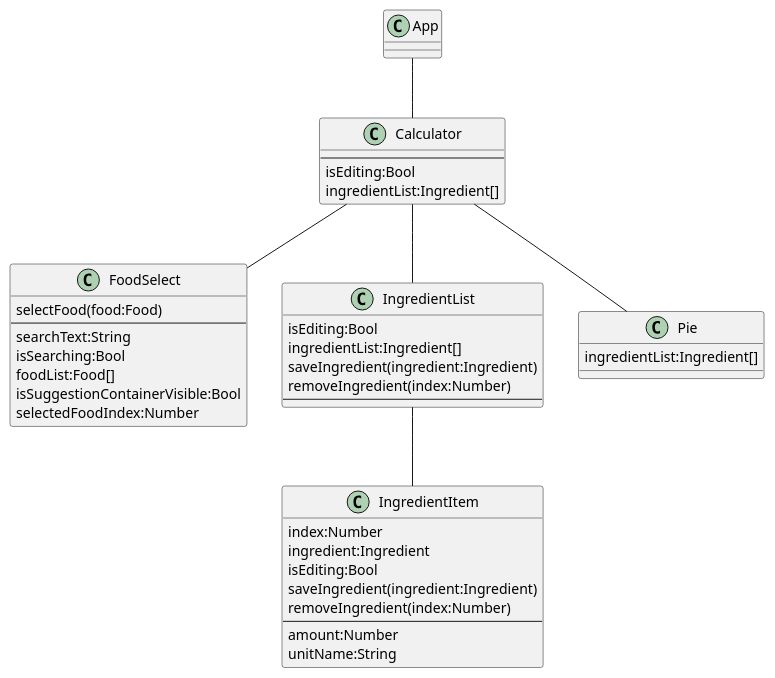
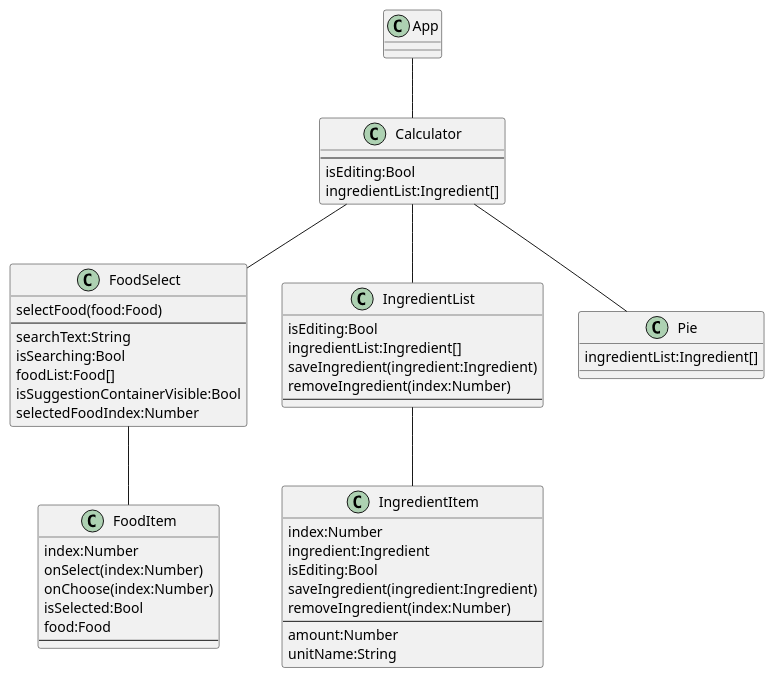
The diagram in docs/App.component.puml (cbarsony/sushi), drawn with PlantUML before and after one commit. The commit also changed 5 other files, not shown here.

Commit message:
select and choose with mouse, FoodItem

```diff
--- a/docs/App.component.puml
+++ b/docs/App.component.puml
@@ -1,52 +1,63 @@
 @startuml
 
 class App
 
 App -- Calculator
 
 class Calculator {
     --
     isEditing:Bool
     ingredientList:Ingredient[]
 }
 
 Calculator -- FoodSelect
 Calculator -- IngredientList
 Calculator -- Pie
 
 class FoodSelect {
     selectFood(food:Food)
     --
     searchText:String
     isSearching:Bool
     foodList:Food[]
     isSuggestionContainerVisible:Bool
     selectedFoodIndex:Number
 }
+
+class FoodItem {
+    index:Number
+    onSelect(index:Number)
+    onChoose(index:Number)
+    isSelected:Bool
+    food:Food
+    --
+}
+
+FoodSelect -- FoodItem
 
 class IngredientList {
     isEditing:Bool
     ingredientList:Ingredient[]
     saveIngredient(ingredient:Ingredient)
     removeIngredient(index:Number)
     --
 }
 
 IngredientList -- IngredientItem
 
 class IngredientItem {
     index:Number
     ingredient:Ingredient
     isEditing:Bool
     saveIngredient(ingredient:Ingredient)
     removeIngredient(index:Number)
     --
     amount:Number
     unitName:String
 }
 
 class Pie {
     ingredientList:Ingredient[]
 }
 
 @enduml
```
